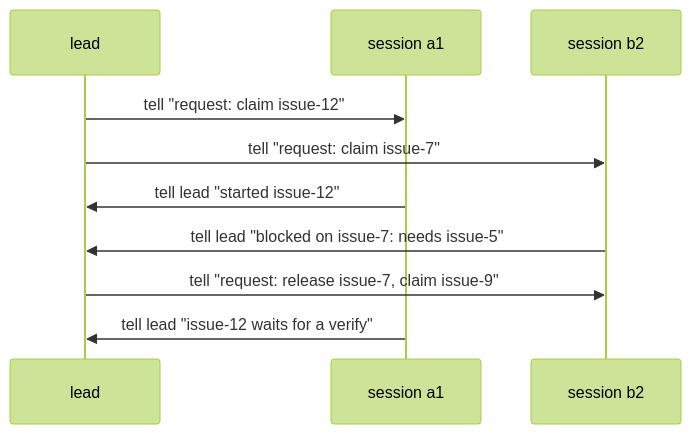
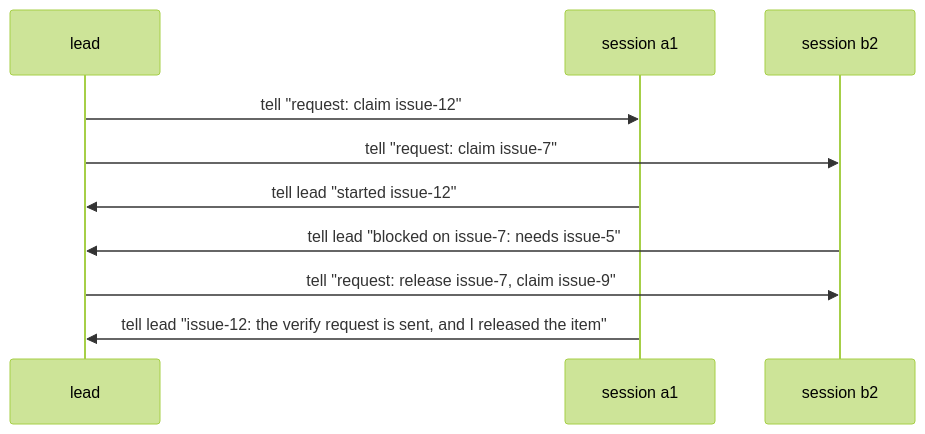
Diagram 38 of 56 in docs/src/how-it-works.md (como-technologies/riff), drawn with Mermaid (forest theme) before and after one commit. The commit also changed other lines of this file and 15 other files, not shown here.

First line of the commit message:
The work of an author ends at the verify request: one context holds one item (#454)

````diff
--- a/docs/src/how-it-works.md
+++ b/docs/src/how-it-works.md
@@ -2486,12 +2585,12 @@
 ```mermaid
 sequenceDiagram
     participant L as lead
     participant A as session a1
     participant B as session b2
     L->>A: tell "request: claim issue-12"
     L->>B: tell "request: claim issue-7"
     A->>L: tell lead "started issue-12"
     B->>L: tell lead "blocked on issue-7: needs issue-5"
     L->>B: tell "request: release issue-7, claim issue-9"
-    A->>L: tell lead "issue-12 waits for a verify"
+    A->>L: tell lead "issue-12: the verify request is sent, and I released the item"
 ```
````
